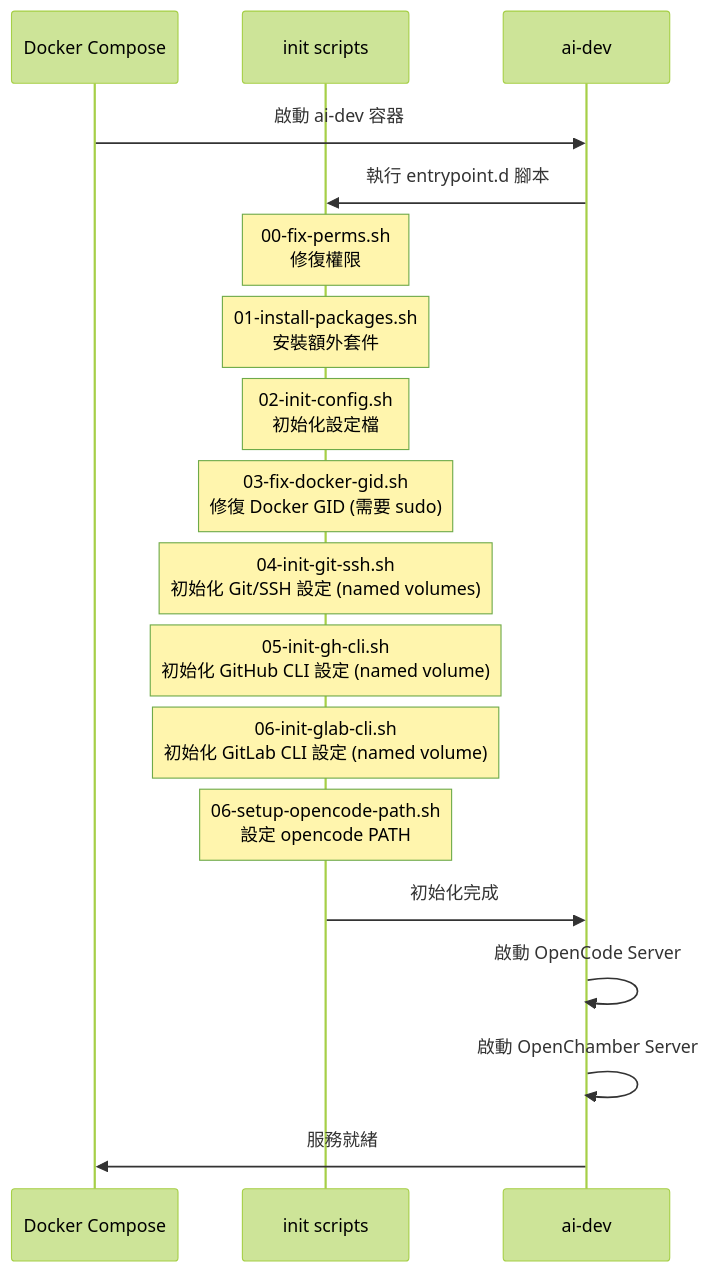
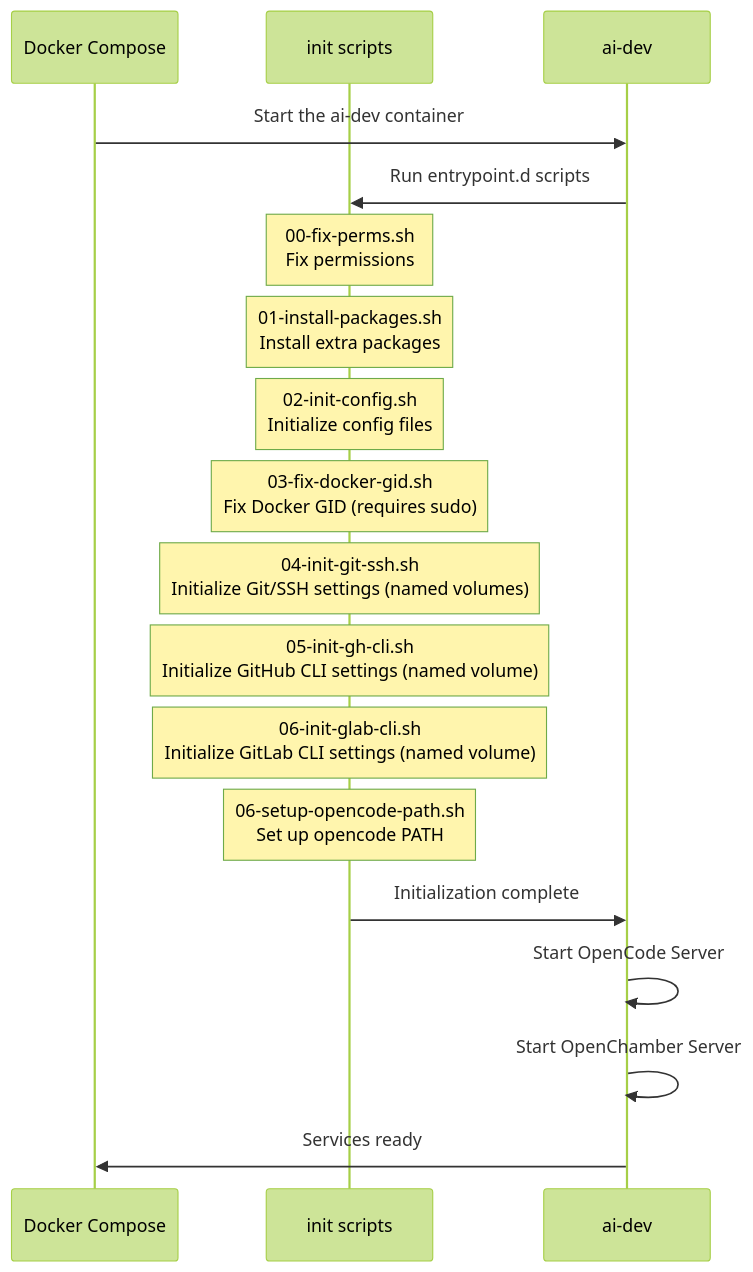
The eighth of 10 diagrams in docs/ARCHITECTURE.md (tryweb/ai-engkit), drawn with Mermaid (forest theme) before and after one commit. The commit also changed other lines of this file and 14 other files, not shown here.

First line of the commit message:
docs: translate zh-TW docs to English, relocate CONTRIBUTING & SECURITY to root, add GitHub templates

````diff
--- a/docs/ARCHITECTURE.md
+++ b/docs/ARCHITECTURE.md
@@ -290,30 +290,30 @@
 ```mermaid
 sequenceDiagram
     participant D as Docker Compose
     participant I as init scripts
     participant A as ai-dev
 
-    D->>A: 啟動 ai-dev 容器
-    A->>I: 執行 entrypoint.d 腳本
-    
-    Note over I: 00-fix-perms.sh<br/>修復權限
-    
-    Note over I: 01-install-packages.sh<br/>安裝額外套件
-    
-    Note over I: 02-init-config.sh<br/>初始化設定檔
-    
-    Note over I: 03-fix-docker-gid.sh<br/>修復 Docker GID (需要 sudo)
+    D->>A: Start the ai-dev container
+    A->>I: Run entrypoint.d scripts
 
-    Note over I: 04-init-git-ssh.sh<br/>初始化 Git/SSH 設定 (named volumes)
-    
-    Note over I: 05-init-gh-cli.sh<br/>初始化 GitHub CLI 設定 (named volume)
+    Note over I: 00-fix-perms.sh<br/>Fix permissions
 
-    Note over I: 06-init-glab-cli.sh<br/>初始化 GitLab CLI 設定 (named volume)
+    Note over I: 01-install-packages.sh<br/>Install extra packages
 
-    Note over I: 06-setup-opencode-path.sh<br/>設定 opencode PATH
+    Note over I: 02-init-config.sh<br/>Initialize config files
 
-    I->>A: 初始化完成
-    A->>A: 啟動 OpenCode Server
-    A->>A: 啟動 OpenChamber Server
-    A->>D: 服務就緒
+    Note over I: 03-fix-docker-gid.sh<br/>Fix Docker GID (requires sudo)
+
+    Note over I: 04-init-git-ssh.sh<br/>Initialize Git/SSH settings (named volumes)
+
+    Note over I: 05-init-gh-cli.sh<br/>Initialize GitHub CLI settings (named volume)
+
+    Note over I: 06-init-glab-cli.sh<br/>Initialize GitLab CLI settings (named volume)
+
+    Note over I: 06-setup-opencode-path.sh<br/>Set up opencode PATH
+
+    I->>A: Initialization complete
+    A->>A: Start OpenCode Server
+    A->>A: Start OpenChamber Server
+    A->>D: Services ready
 ```
````
